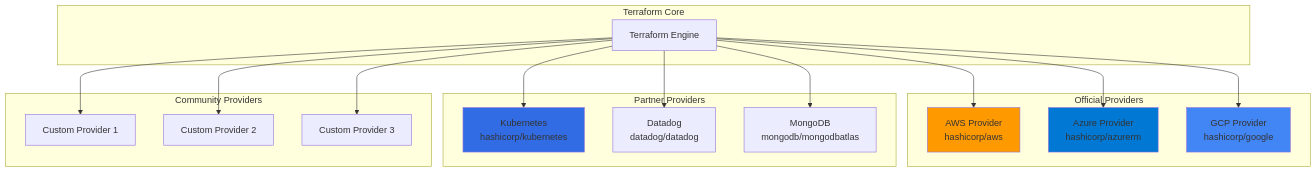
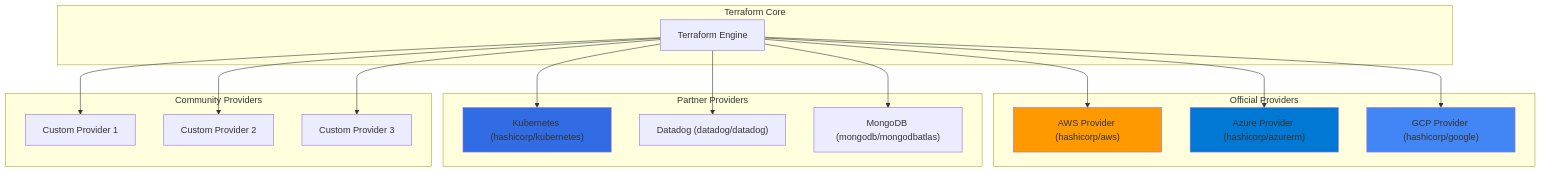
The fifth of 14 diagrams in terraform-complete-course/02-architecture-overview/README.md (manikcloud/cloud-devops-learning-path), drawn with Mermaid before and after one commit. The commit also changed other lines of this file, not shown here.

First line of the commit message:
Fix Mermaid diagram syntax errors in Module 2 Architecture Overview

````diff
--- a/terraform-complete-course/02-architecture-overview/README.md
+++ b/terraform-complete-course/02-architecture-overview/README.md
@@ -206,39 +206,39 @@
 ```mermaid
 graph TB
     subgraph "Terraform Core"
         A[Terraform Engine]
     end
     
     subgraph "Official Providers"
-        B[AWS Provider<br/>hashicorp/aws]
-        C[Azure Provider<br/>hashicorp/azurerm]
-        D[GCP Provider<br/>hashicorp/google]
+        B["AWS Provider (hashicorp/aws)"]
+        C["Azure Provider (hashicorp/azurerm)"]
+        D["GCP Provider (hashicorp/google)"]
     end
     
     subgraph "Partner Providers"
-        E[Kubernetes<br/>hashicorp/kubernetes]
-        F[Datadog<br/>datadog/datadog]
-        G[MongoDB<br/>mongodb/mongodbatlas]
+        E["Kubernetes (hashicorp/kubernetes)"]
+        F["Datadog (datadog/datadog)"]
+        G["MongoDB (mongodb/mongodbatlas)"]
     end
     
     subgraph "Community Providers"
         H[Custom Provider 1]
         I[Custom Provider 2]
         J[Custom Provider 3]
     end
     
     A --> B
     A --> C
     A --> D
     A --> E
     A --> F
     A --> G
     A --> H
     A --> I
     A --> J
     
     style B fill:#ff9900
     style C fill:#0078d4
     style D fill:#4285f4
     style E fill:#326ce5
 ```
````
